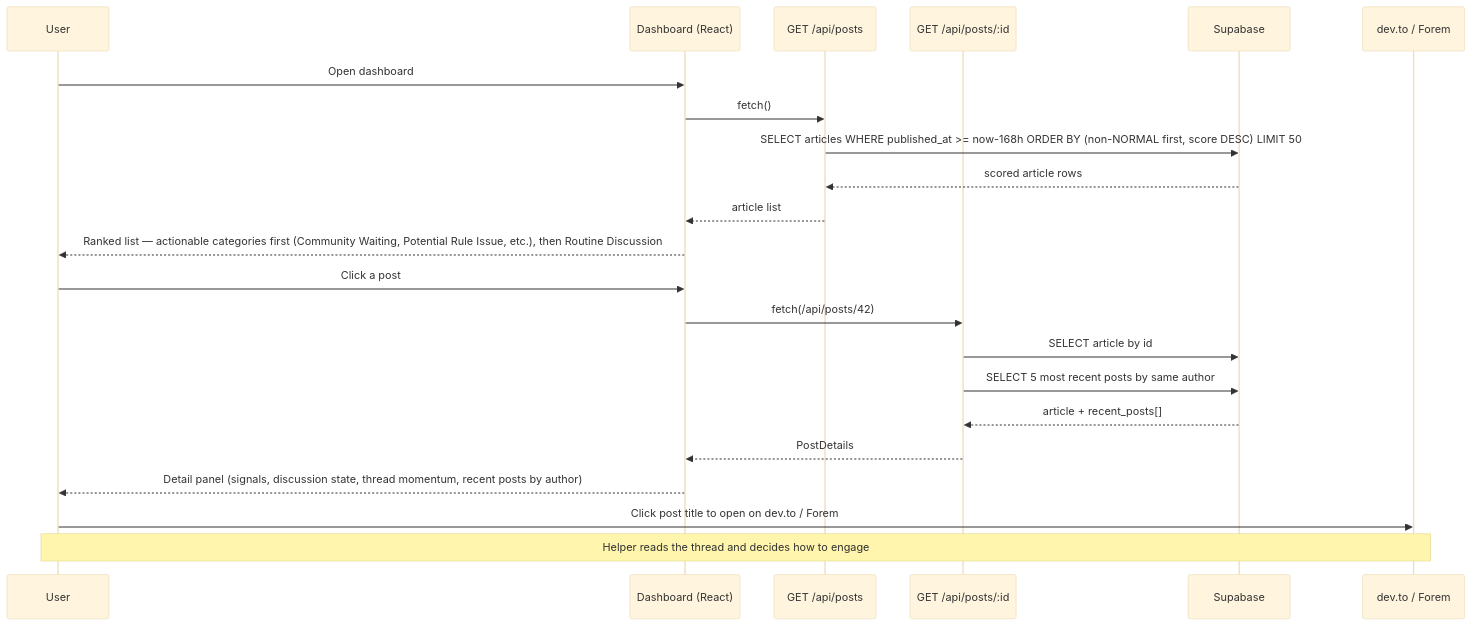
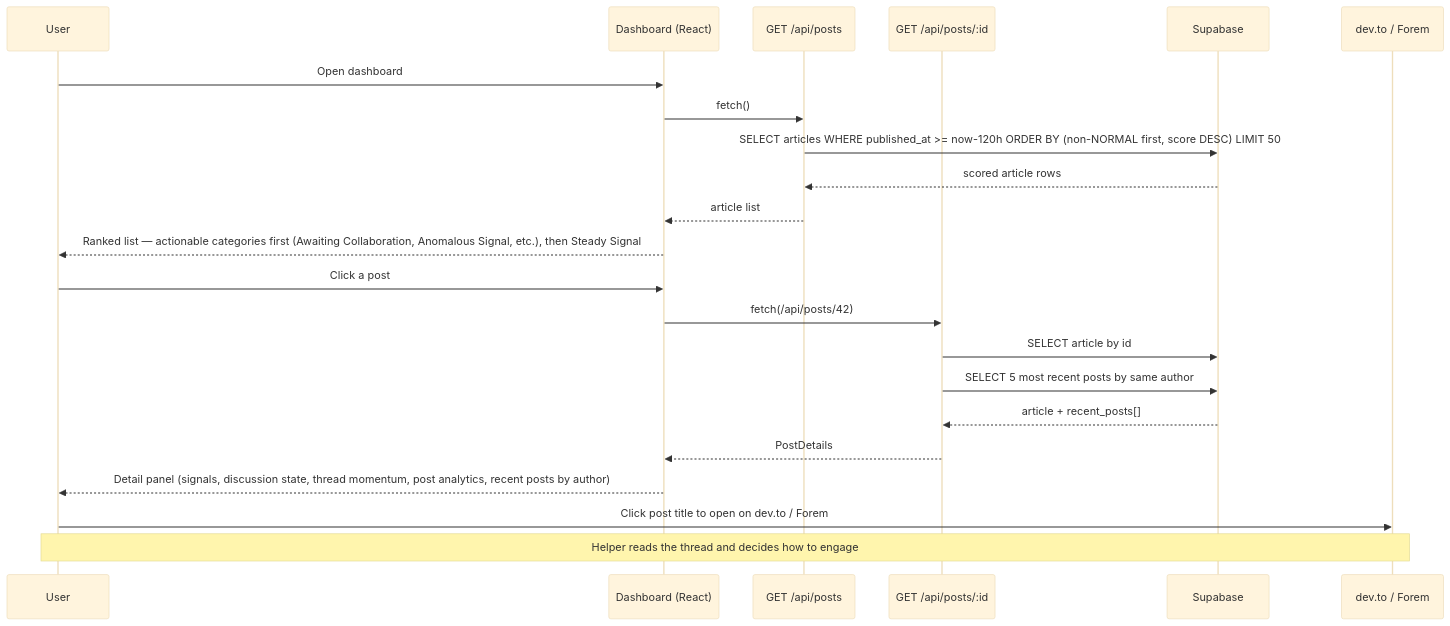
Before and after one commit to ChecKMarKDevTools/dev-community-dashboard: the third of 3 diagrams in README.md, drawn with Mermaid (base theme). The commit also changed other lines of this file and 38 other files, not shown here.

First line of the commit message:
feat: post analytics visualizations (#9)

````diff
--- a/README.md
+++ b/README.md
@@ -73,27 +90,27 @@
 ```mermaid
 sequenceDiagram
   participant U as User
   participant D as Dashboard (React)
   participant Posts as GET /api/posts
   participant Detail as GET /api/posts/:id
   participant SB as Supabase
   participant F as dev.to / Forem
 
   U->>D: Open dashboard
   D->>Posts: fetch()
-  Posts->>SB: SELECT articles WHERE published_at >= now-168h ORDER BY (non-NORMAL first, score DESC) LIMIT 50
+  Posts->>SB: SELECT articles WHERE published_at >= now-120h ORDER BY (non-NORMAL first, score DESC) LIMIT 50
   SB-->>Posts: scored article rows
   Posts-->>D: article list
-  D-->>U: Ranked list — actionable categories first (Community Waiting, Potential Rule Issue, etc.), then Routine Discussion
+  D-->>U: Ranked list — actionable categories first (Awaiting Collaboration, Anomalous Signal, etc.), then Steady Signal
 
   U->>D: Click a post
   D->>Detail: fetch(/api/posts/42)
   Detail->>SB: SELECT article by id
   Detail->>SB: SELECT 5 most recent posts by same author
   SB-->>Detail: article + recent_posts[]
   Detail-->>D: PostDetails
-  D-->>U: Detail panel (signals, discussion state, thread momentum, recent posts by author)
+  D-->>U: Detail panel (signals, discussion state, thread momentum, post analytics, recent posts by author)
 
   U->>F: Click post title to open on dev.to / Forem
   Note over U,F: Helper reads the thread and decides how to engage
 ```
````
